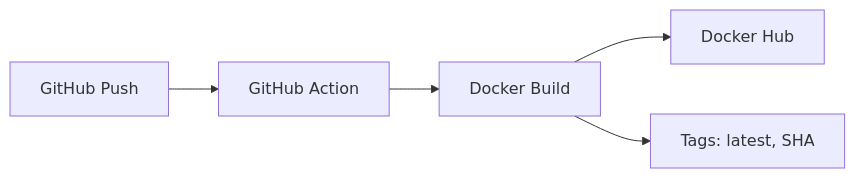
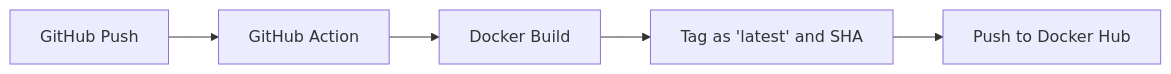
The diagram in README.md (ricky-lhy/Todo-list-flask), drawn with Mermaid before and after one commit. The commit also changed other lines of this file, not shown here.

````diff
--- a/README.md
+++ b/README.md
@@ -63,7 +63,7 @@
 ```mermaid
 flowchart LR
     A[GitHub Push] --> B[GitHub Action]
     B --> C[Docker Build]
-    C --> D[Docker Hub]
-    C --> E[Tags: latest, SHA]
+    C --> D[Tag as 'latest' and SHA]
+    D --> E[Push to Docker Hub]
 ```
````
